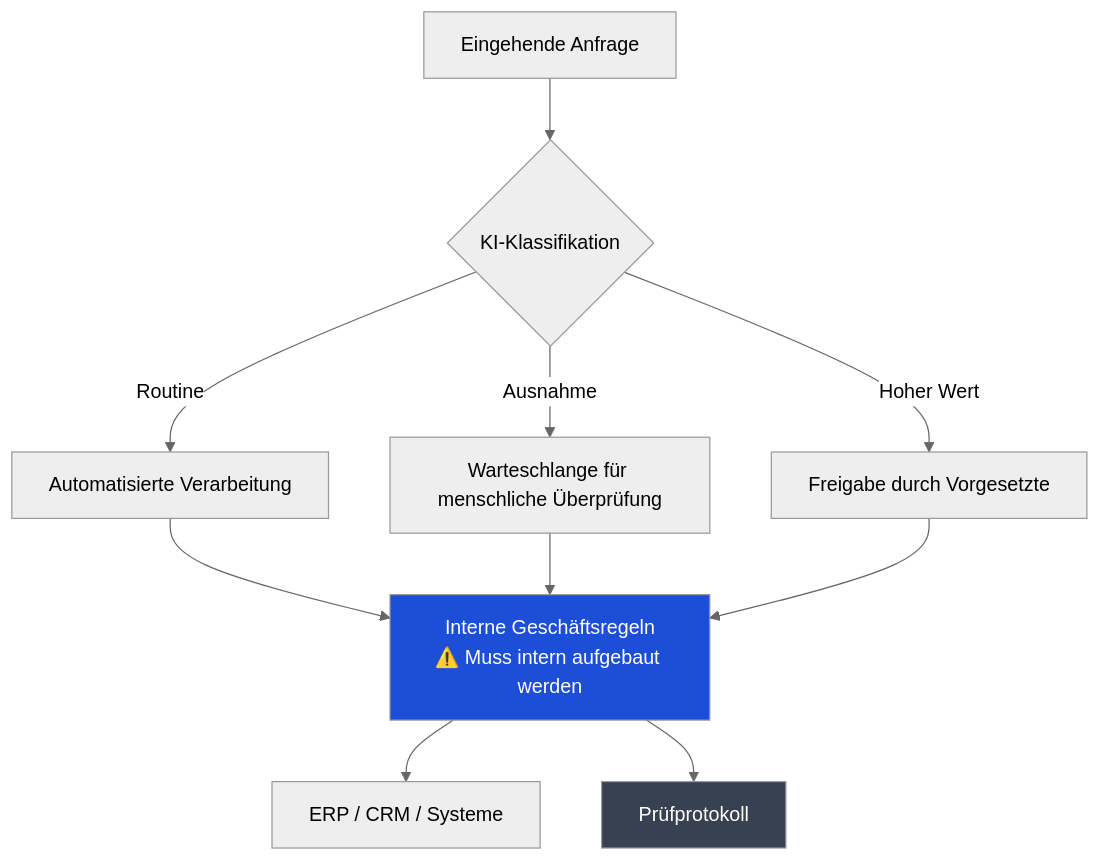
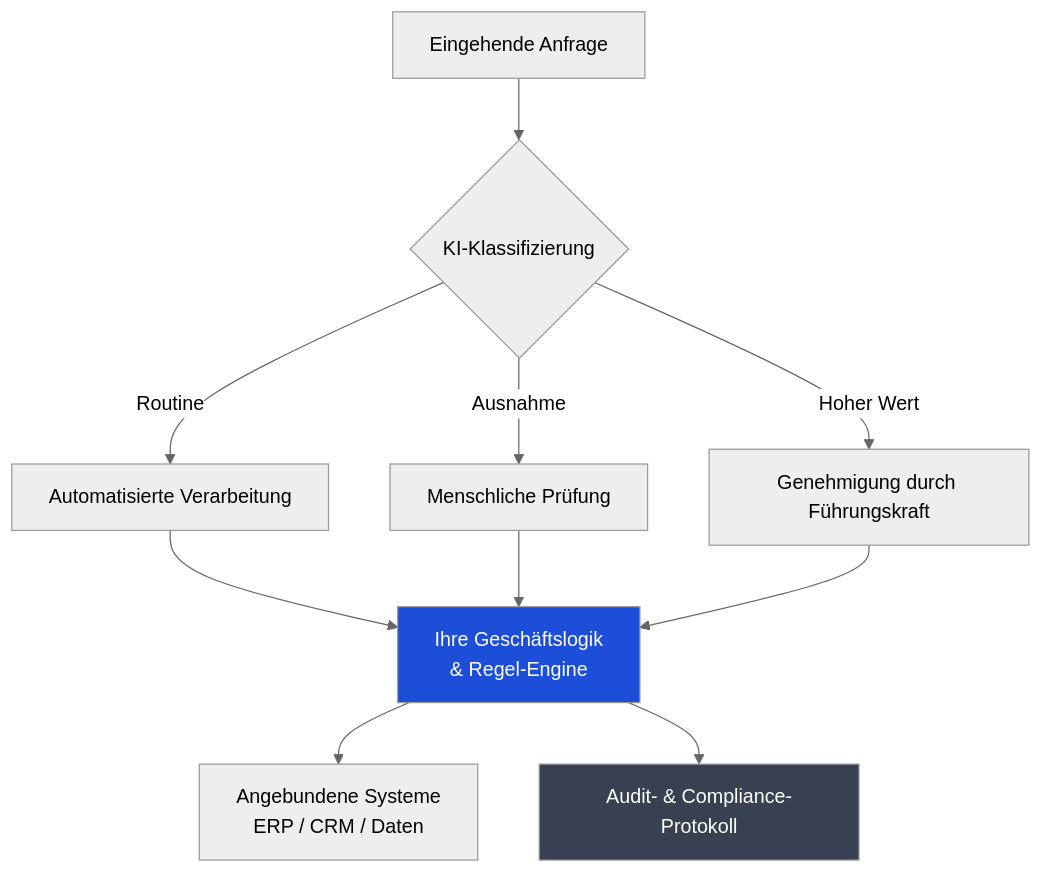
One commit to fps4/web-faridgurbanov changed the second of 4 diagrams in src/content/de/blog/it-org-ai-transformation.md. Above: the diagram before and after it, drawn with Mermaid (neutral theme). The commit also changed other lines of this file and 13 other files, not shown here.

````diff
--- a/src/content/de/blog/it-org-ai-transformation.md
+++ b/src/content/de/blog/it-org-ai-transformation.md
@@ -56,17 +56,17 @@
 ```mermaid
 flowchart TD
-    A["Eingehende Anfrage"] --> B{"KI‑Klassifikation"}
+    A["Eingehende Anfrage"] --> B{"KI-Klassifizierung"}
     B -->|"Routine"| C["Automatisierte Verarbeitung"]
-    B -->|"Ausnahme"| D["Warteschlange für menschliche Überprüfung"]
-    B -->|"Hoher Wert"| E["Freigabe durch Vorgesetzte"]
+    B -->|"Ausnahme"| D["Menschliche Prüfung"]
+    B -->|"Hoher Wert"| E["Genehmigung durch Führungskraft"]
     
-    C --> F["Interne Geschäftsregeln\n⚠️ Muss intern aufgebaut werden"]
+    C --> F["Ihre Geschäftslogik\n& Regel-Engine"]
     D --> F
     E --> F
     
-    F --> G["ERP / CRM / Systeme"]
-    F --> H["Prüfprotokoll"]
+    F --> G["Angebundene Systeme\nERP / CRM / Daten"]
+    F --> H["Audit- & Compliance-Protokoll"]
     
     style F fill:#1d4ed8,color:#fff
     style H fill:#374151,color:#fff
 ```
````
